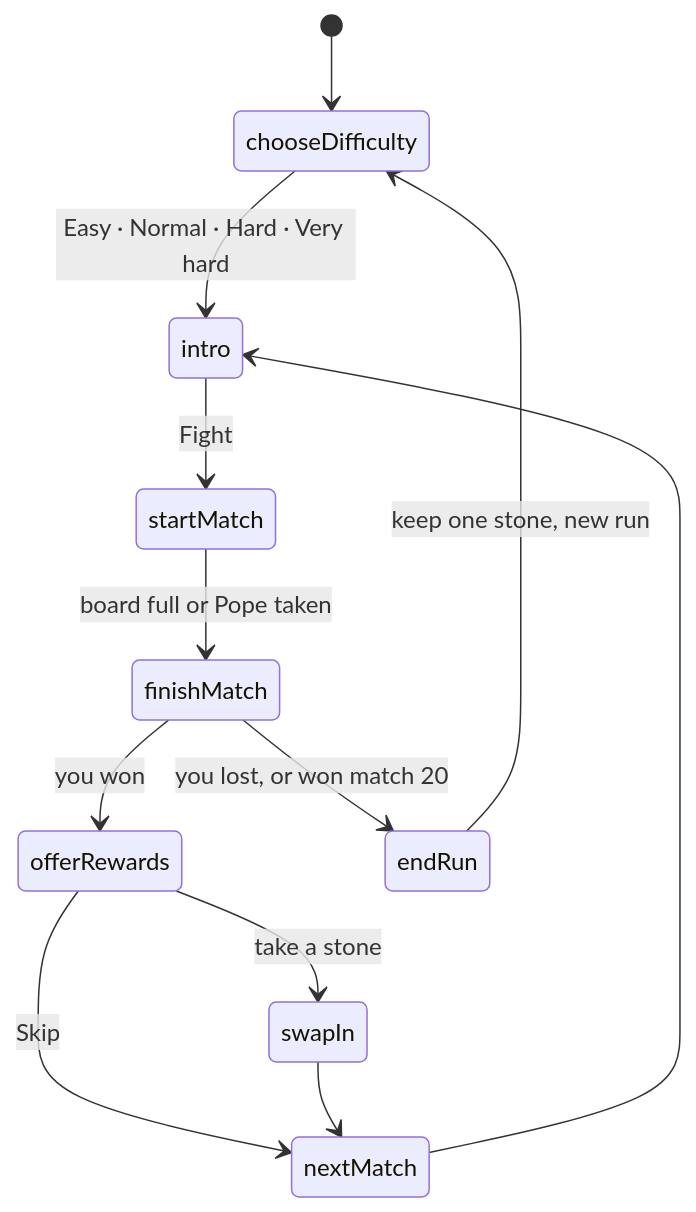
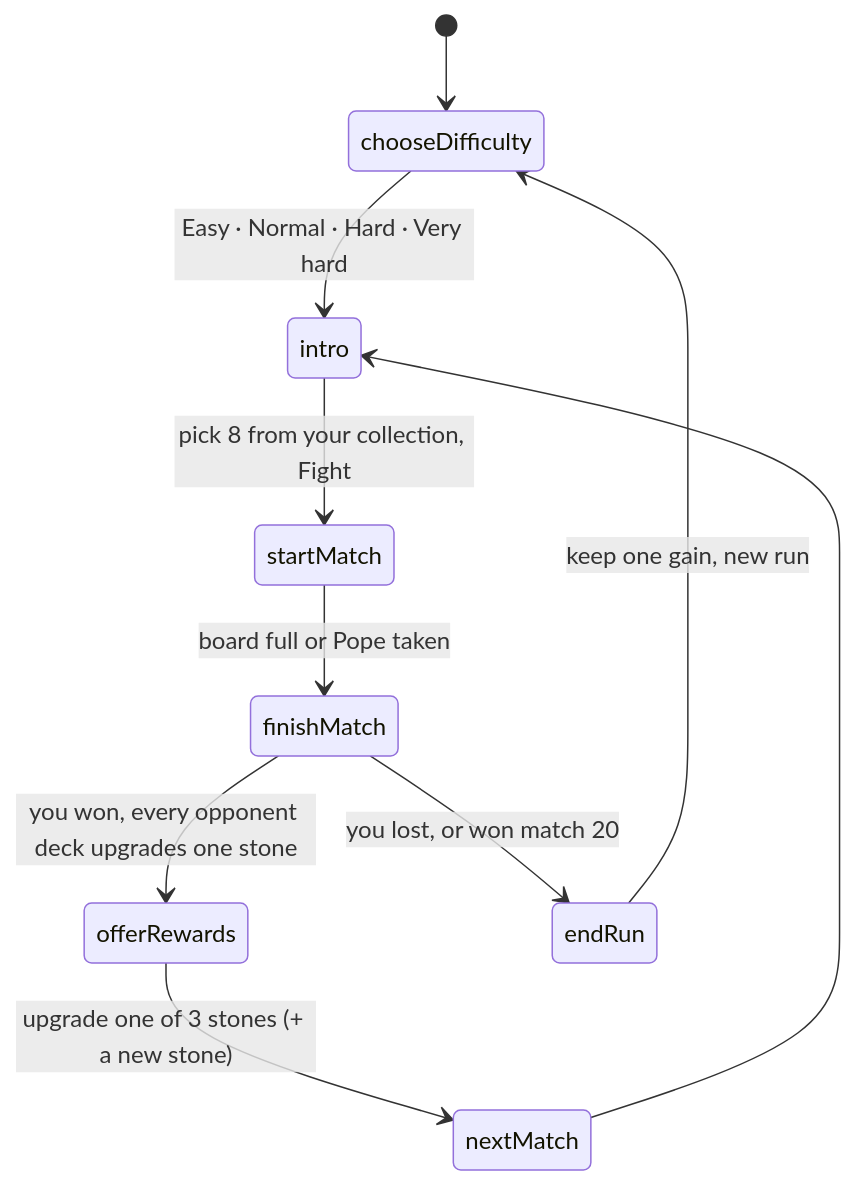
One commit to louisvandenbruwaene/rook-like changed the eighth of 8 diagrams in README.md. Above: the diagram before and after it, drawn with Mermaid. The commit also changed other lines of this file and 5 other files, not shown here.

First line of the commit message:
Rook-like: a collection you pick your deck from, upgrades as rewards

````diff
--- a/README.md
+++ b/README.md
@@ -230,14 +230,12 @@
 ```mermaid
 stateDiagram-v2
     [*] --> chooseDifficulty
     chooseDifficulty --> intro : Easy · Normal · Hard · Very hard
-    intro --> startMatch : Fight
+    intro --> startMatch : pick 8 from your collection, Fight
     startMatch --> finishMatch : board full or Pope taken
-    finishMatch --> offerRewards : you won
-    offerRewards --> swapIn : take a stone
-    offerRewards --> nextMatch : Skip
-    swapIn --> nextMatch
+    finishMatch --> offerRewards : you won, every opponent deck upgrades one stone
+    offerRewards --> nextMatch : upgrade one of 3 stones (+ a new stone)
     nextMatch --> intro
     finishMatch --> endRun : you lost, or won match 20
-    endRun --> chooseDifficulty : keep one stone, new run
+    endRun --> chooseDifficulty : keep one gain, new run
 ```
````
